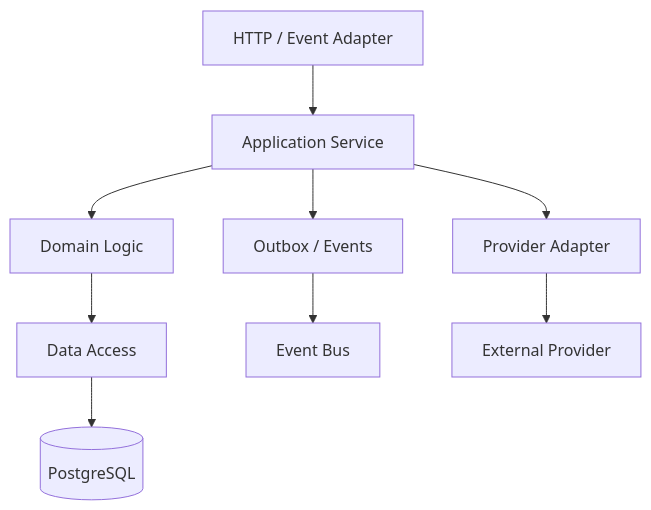
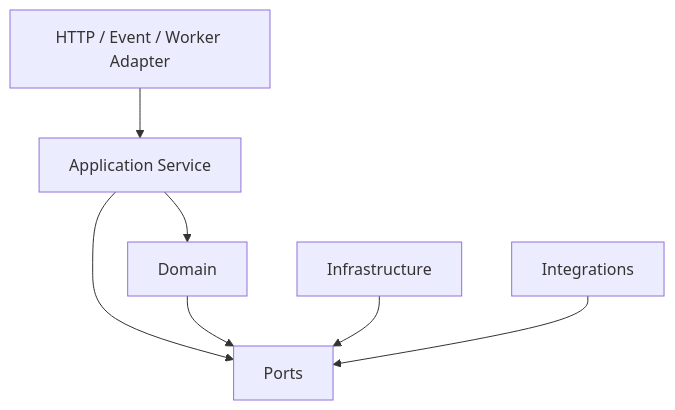
The diagram in docs/engineering/coding-standards.md (D-engahmed/OMILINKS), drawn with Mermaid before and after one commit. The commit also changed other lines of this file and 4 other files, not shown here.

```diff
--- a/docs/engineering/coding-standards.md
+++ b/docs/engineering/coding-standards.md
@@ -9,11 +7,9 @@
 ~~~mermaid
 flowchart TB
-HTTP[HTTP / Event Adapter] --> APP[Application Service]
-APP --> DOMAIN[Domain Logic]
-DOMAIN --> DATA[Data Access]
-APP --> EVENT[Outbox / Events]
-DATA --> PG[(PostgreSQL)]
-EVENT --> BUS[Event Bus]
-APP --> EXT[Provider Adapter]
-EXT --> PROVIDER[External Provider]
+TRANSPORT[HTTP / Event / Worker Adapter] --> APP[Application Service]
+APP --> DOMAIN[Domain]
+APP --> PORTS[Ports]
+DOMAIN --> PORTS
+INFRA[Infrastructure] --> PORTS
+INTEGRATIONS[Integrations] --> PORTS
 ~~~
```
